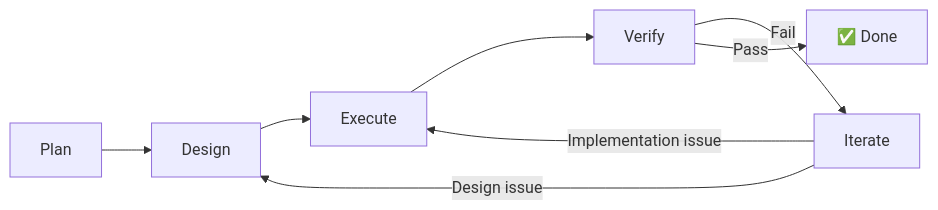
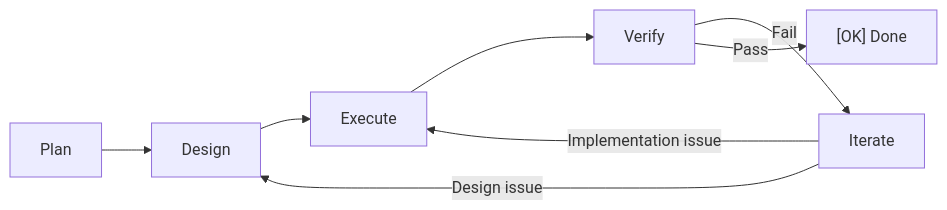
One commit to lordmos/dev-crew changed the diagram in README.en.md. Above: the diagram before and after it, drawn with Mermaid. The commit also changed other lines of this file and 16 other files, not shown here.

````diff
--- a/README.en.md
+++ b/README.en.md
@@ -93,10 +93,10 @@
 ```mermaid
 flowchart LR
     P["Plan"] --> D["Design"]
     D --> E["Execute"]
     E --> V["Verify"]
     V -->|Fail| I["Iterate"]
     I -->|Design issue| D
     I -->|Implementation issue| E
-    V -->|Pass| Done["✅ Done"]
+    V -->|Pass| Done["[OK] Done"]
 ```
````
